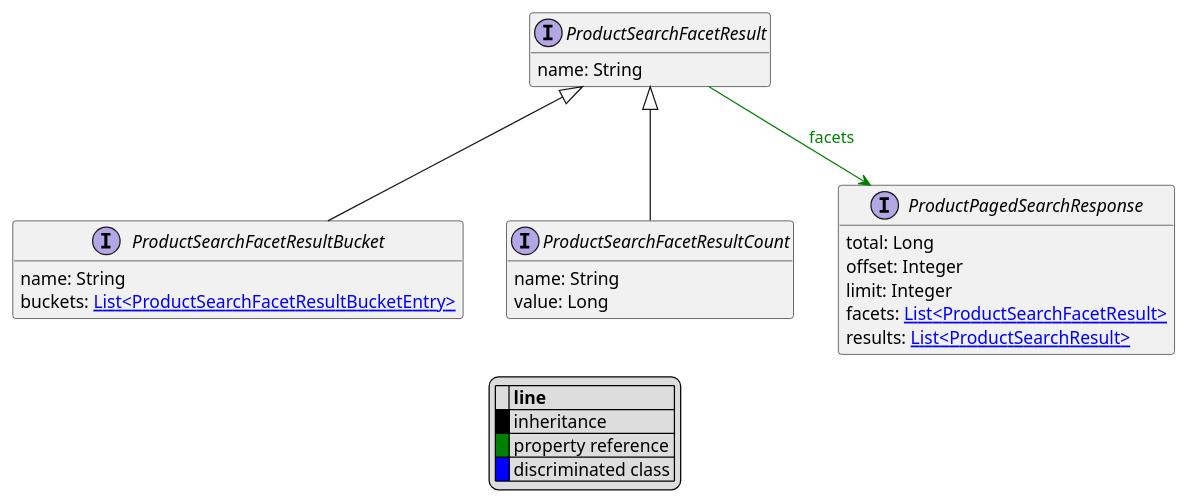
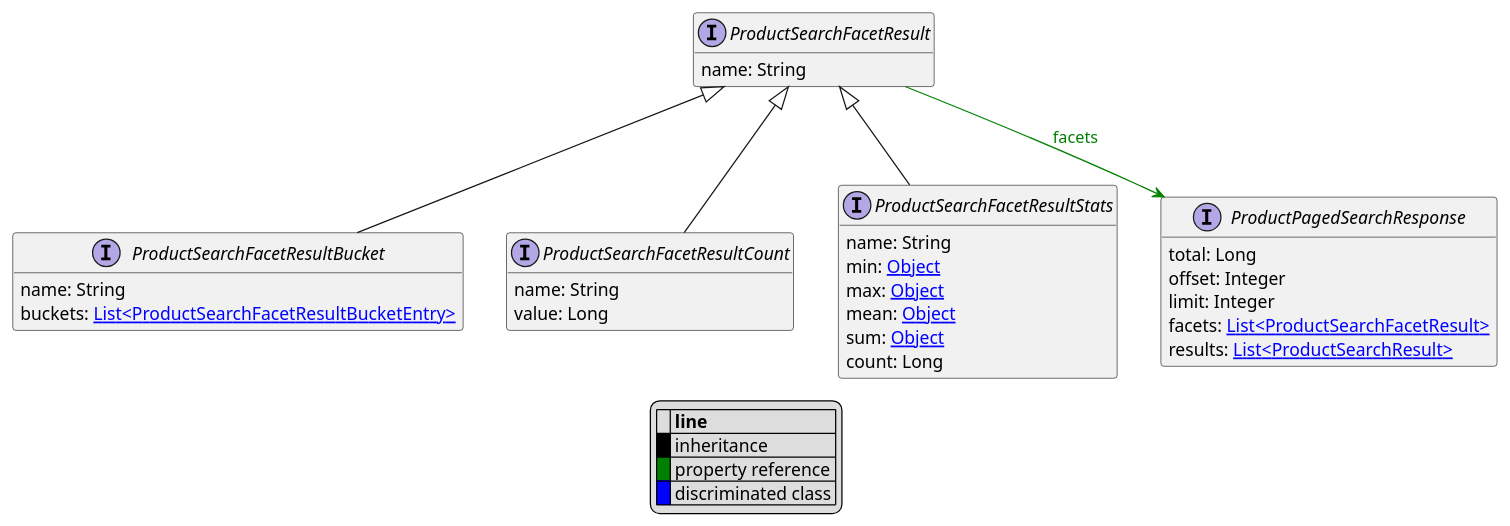
Before and after one commit to commercetools/commercetools-api-reference: the diagram in uml/api/ProductSearchFacetResult.puml, drawn with PlantUML. The commit also changed 16 other files, not shown here.

```diff
--- a/uml/api/ProductSearchFacetResult.puml
+++ b/uml/api/ProductSearchFacetResult.puml
@@ -1,33 +1,41 @@
 @startuml
 
 hide empty fields
 hide empty methods
 legend
 |= |= line |
 |<back:black>   </back>| inheritance |
 |<back:green>   </back>| property reference |
 |<back:blue>   </back>| discriminated class |
 endlegend
 interface ProductSearchFacetResult [[ProductSearchFacetResult.svg]]  {
     name: String
 }
 
 interface ProductSearchFacetResultBucket [[ProductSearchFacetResultBucket.svg]] extends ProductSearchFacetResult {
     name: String
     buckets: [[ProductSearchFacetResultBucketEntry.svg List<ProductSearchFacetResultBucketEntry>]]
 }
 interface ProductSearchFacetResultCount [[ProductSearchFacetResultCount.svg]] extends ProductSearchFacetResult {
     name: String
     value: Long
 }
+interface ProductSearchFacetResultStats [[ProductSearchFacetResultStats.svg]] extends ProductSearchFacetResult {
+    name: String
+    min: [[Object.svg Object]]
+    max: [[Object.svg Object]]
+    mean: [[Object.svg Object]]
+    sum: [[Object.svg Object]]
+    count: Long
+}
 
 interface ProductPagedSearchResponse [[ProductPagedSearchResponse.svg]]  {
     total: Long
     offset: Integer
     limit: Integer
     facets: [[ProductSearchFacetResult.svg List<ProductSearchFacetResult>]]
     results: [[ProductSearchResult.svg List<ProductSearchResult>]]
 }
 
 ProductSearchFacetResult --> ProductPagedSearchResponse #green;text:green : "facets"
 @enduml
```
